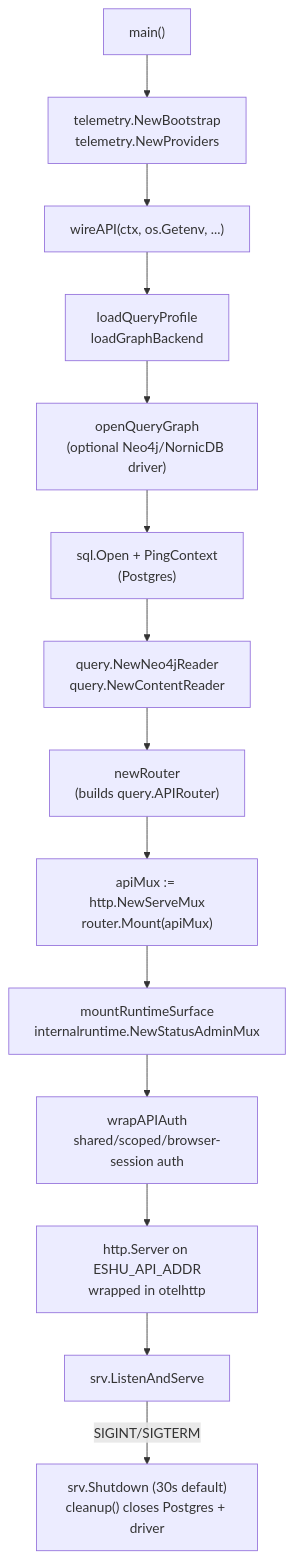
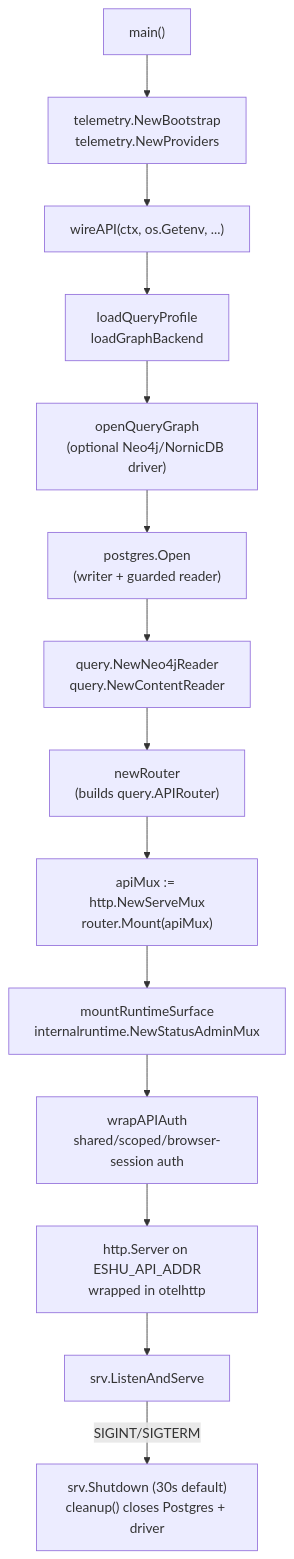
Before and after one commit to eshu-hq/eshu: the second of 2 diagrams in go/cmd/api/README.md, drawn with Mermaid. The commit also changed other lines of this file and 225 other files, not shown here.

Commit message:
Route API and MCP PostgreSQL reads through guarded pools

````diff
--- a/go/cmd/api/README.md
+++ b/go/cmd/api/README.md
@@ -27,16 +27,16 @@
 ```mermaid
 flowchart TB
   A["main()"] --> B["telemetry.NewBootstrap\ntelemetry.NewProviders"]
   B --> C["wireAPI(ctx, os.Getenv, ...)"]
   C --> D["loadQueryProfile\nloadGraphBackend"]
   D --> E["openQueryGraph\n(optional Neo4j/NornicDB driver)"]
-  E --> F["sql.Open + PingContext\n(Postgres)"]
+  E --> F["postgres.Open\n(writer + guarded reader)"]
   F --> G["query.NewNeo4jReader\nquery.NewContentReader"]
   G --> H["newRouter\n(builds query.APIRouter)"]
   H --> I["apiMux := http.NewServeMux\nrouter.Mount(apiMux)"]
   I --> J["mountRuntimeSurface\ninternalruntime.NewStatusAdminMux"]
   J --> K["wrapAPIAuth\nshared/scoped/browser-session auth"]
   K --> L["http.Server on ESHU_API_ADDR\nwrapped in otelhttp"]
   L --> M["srv.ListenAndServe"]
   M -- SIGINT/SIGTERM --> N["srv.Shutdown (30s default)\ncleanup() closes Postgres + driver"]
 ```
````
